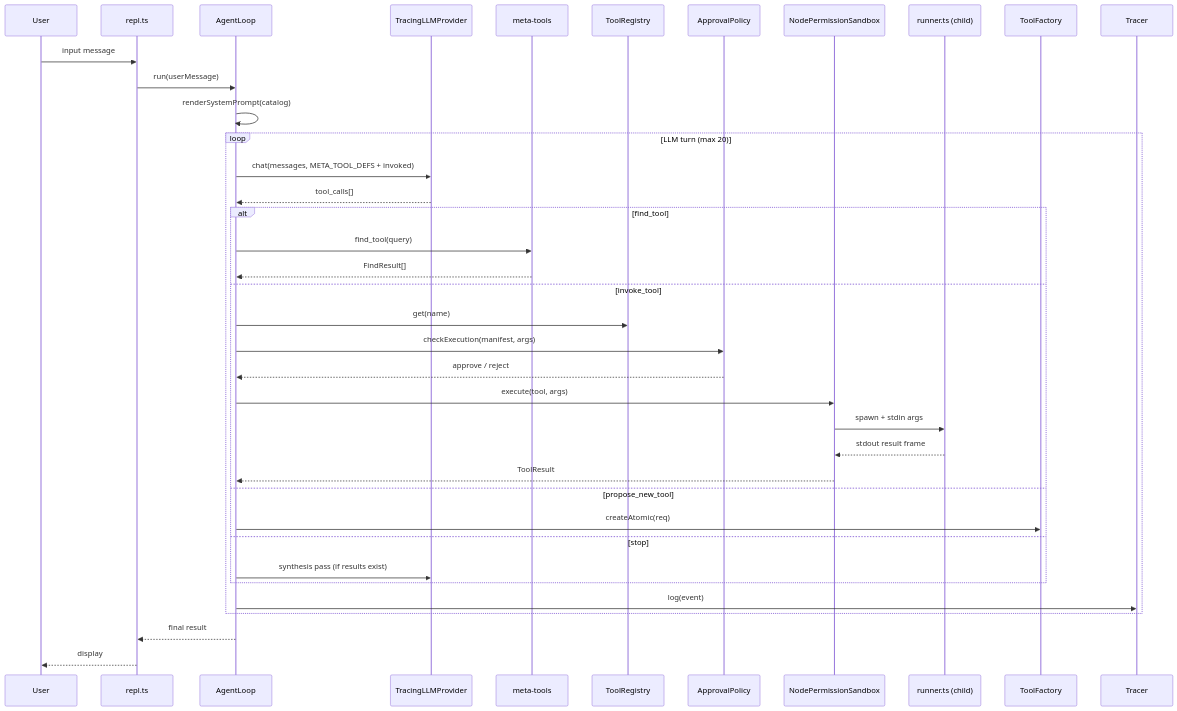
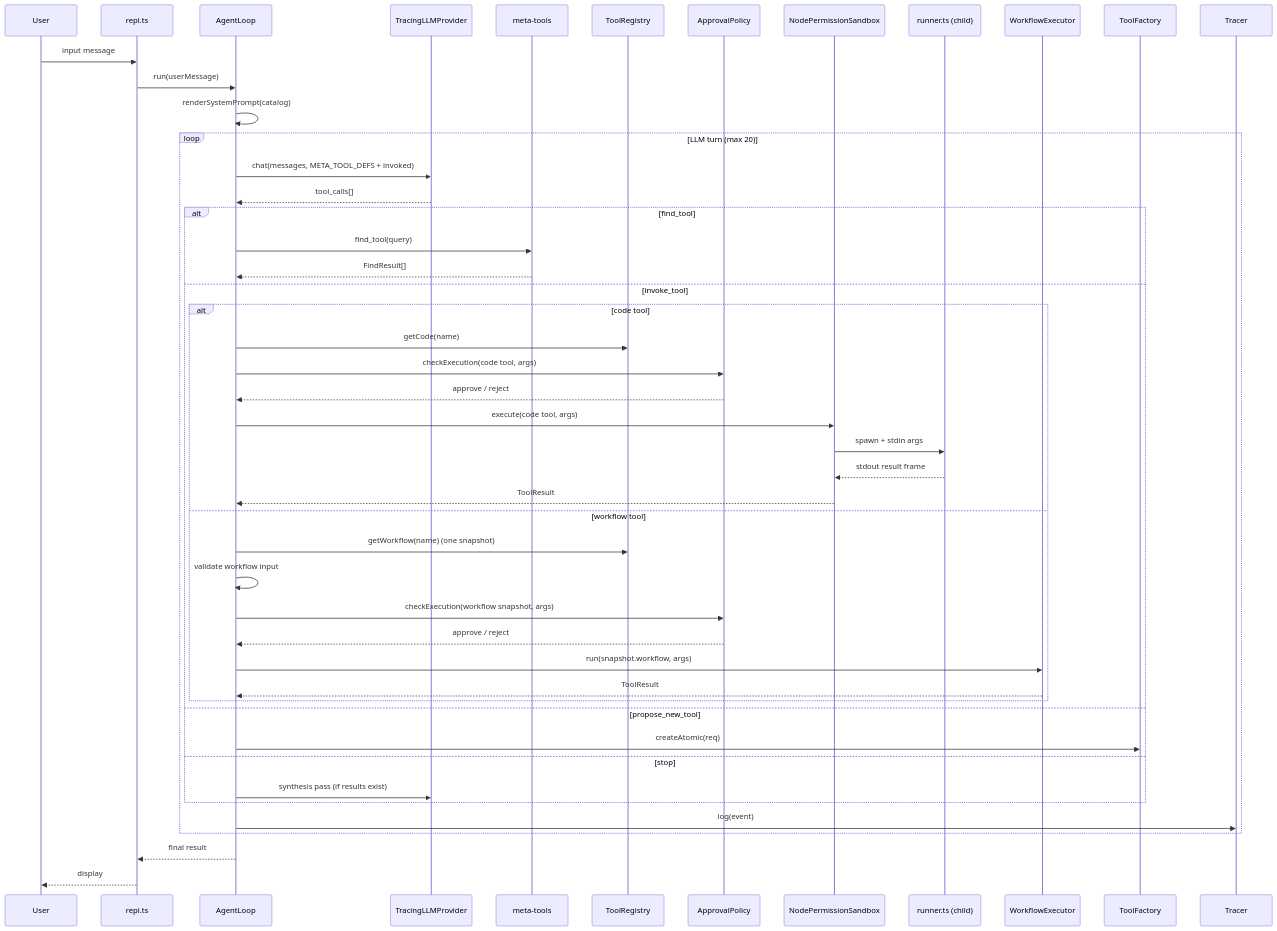
The second of 7 diagrams in docs/repo_structure.md (slior/meta-agent), drawn with Mermaid before and after one commit. The commit also changed other lines of this file and 55 other files, not shown here.

````diff
--- a/docs/repo_structure.md
+++ b/docs/repo_structure.md
@@ -373,39 +382,49 @@
 ```mermaid
 sequenceDiagram
     participant User
     participant REPL as repl.ts
     participant AL as AgentLoop
     participant LLM as TracingLLMProvider
     participant MT as meta-tools
     participant TR as ToolRegistry
     participant AP as ApprovalPolicy
     participant SB as NodePermissionSandbox
     participant Child as runner.ts (child)
+    participant WE as WorkflowExecutor
 
     User->>REPL: input message
     REPL->>AL: run(userMessage)
     AL->>AL: renderSystemPrompt(catalog)
     loop LLM turn (max 20)
         AL->>LLM: chat(messages, META_TOOL_DEFS + invoked)
         LLM-->>AL: tool_calls[]
         alt find_tool
             AL->>MT: find_tool(query)
             MT-->>AL: FindResult[]
         else invoke_tool
-            AL->>TR: get(name)
-            AL->>AP: checkExecution(manifest, args)
-            AP-->>AL: approve / reject
-            AL->>SB: execute(tool, args)
-            SB->>Child: spawn + stdin args
-            Child-->>SB: stdout result frame
-            SB-->>AL: ToolResult
+            alt code tool
+                AL->>TR: getCode(name)
+                AL->>AP: checkExecution(code tool, args)
+                AP-->>AL: approve / reject
+                AL->>SB: execute(code tool, args)
+                SB->>Child: spawn + stdin args
+                Child-->>SB: stdout result frame
+                SB-->>AL: ToolResult
+            else workflow tool
+                AL->>TR: getWorkflow(name) (one snapshot)
+                AL->>AL: validate workflow input
+                AL->>AP: checkExecution(workflow snapshot, args)
+                AP-->>AL: approve / reject
+                AL->>WE: run(snapshot.workflow, args)
+                WE-->>AL: ToolResult
+            end
         else propose_new_tool
             AL->>ToolFactory: createAtomic(req)
         else stop
             AL->>LLM: synthesis pass (if results exist)
         end
         AL->>Tracer: log(event)
     end
     AL-->>REPL: final result
     REPL-->>User: display
 ```
````
